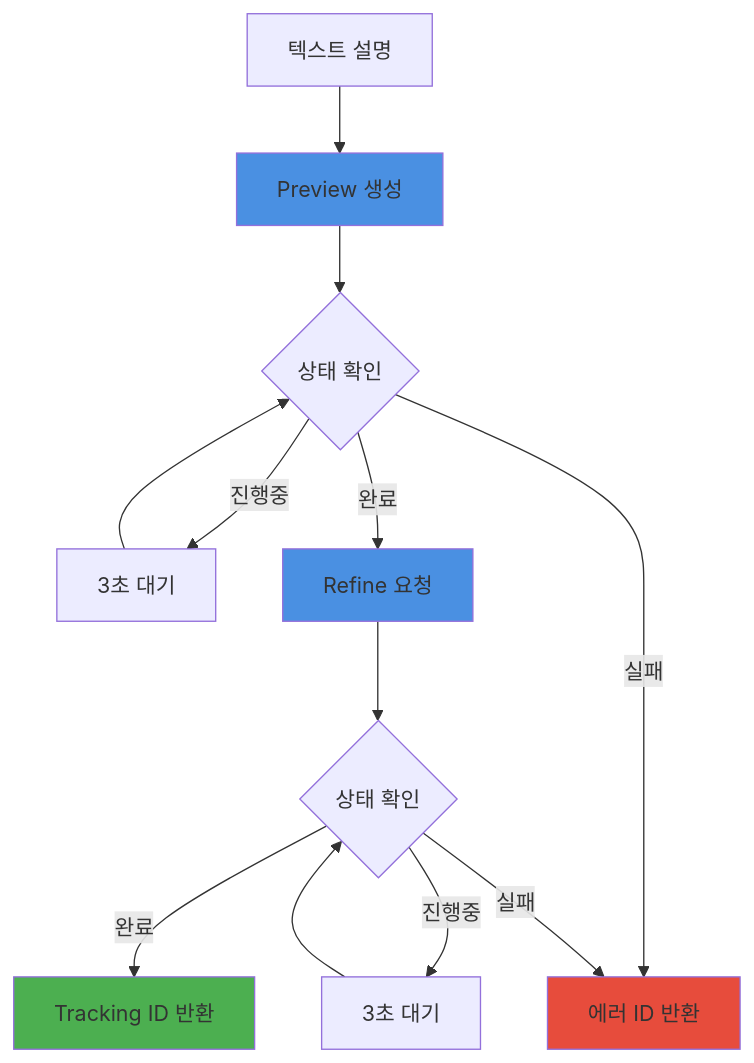
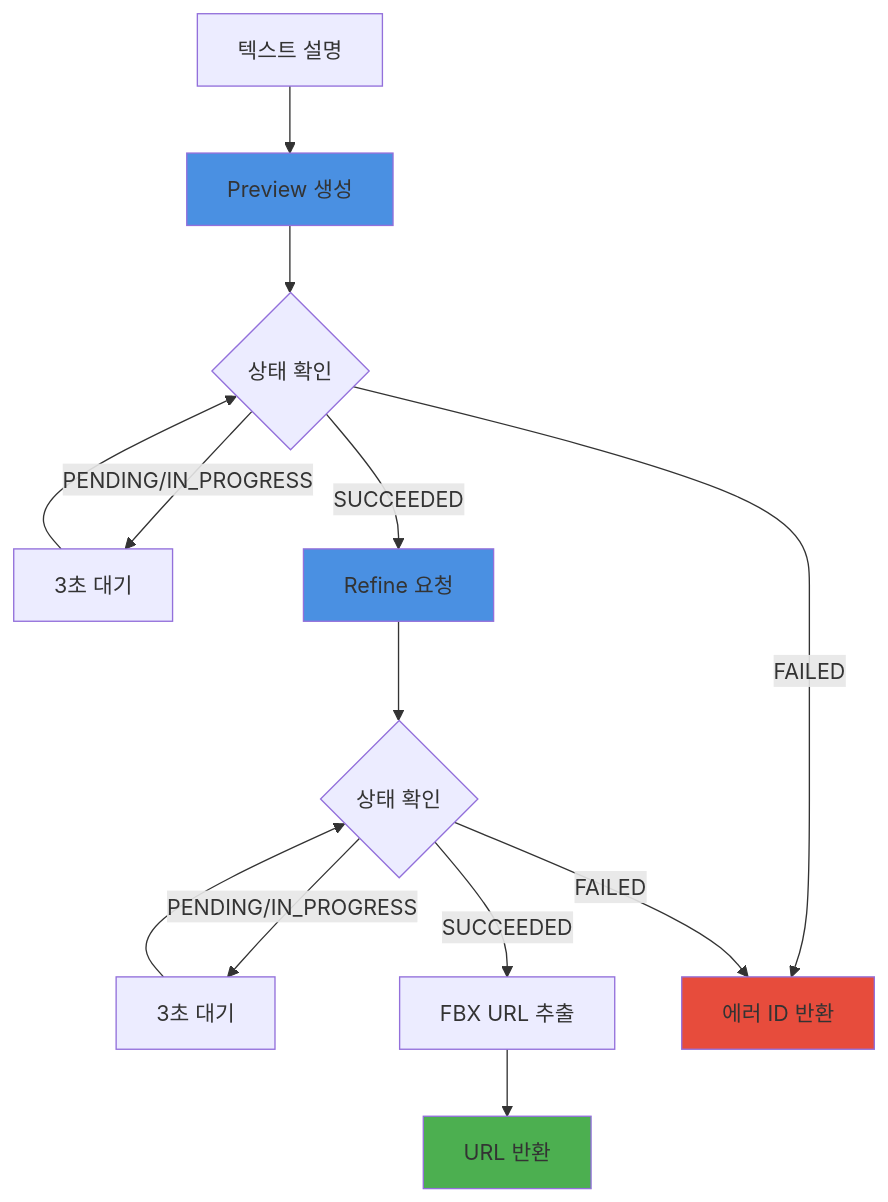
The diagram in backend/meshy-service.md (Febriez/eroom-docs), drawn with Mermaid before and after one commit. The commit also changed other lines of this file and 16 other files, not shown here.

```diff
--- a/backend/meshy-service.md
+++ b/backend/meshy-service.md
@@ -48,21 +54,22 @@
 {% mermaid %}
 flowchart TB
 A[텍스트 설명] --> B[Preview 생성]
 B --> C{상태 확인}
-C -->|진행중| D[3초 대기]
+C -->|PENDING/IN_PROGRESS| D[3초 대기]
 D --> C
-C -->|완료| E[Refine 요청]
+C -->|SUCCEEDED| E[Refine 요청]
 E --> F{상태 확인}
-F -->|진행중| G[3초 대기]
+F -->|PENDING/IN_PROGRESS| G[3초 대기]
 G --> F
-F -->|완료| H[Tracking ID 반환]
+F -->|SUCCEEDED| H[FBX URL 추출]
+H --> I[URL 반환]
 
-    C -->|실패| I[에러 ID 반환]
-    F -->|실패| I
+    C -->|FAILED| J[에러 ID 반환]
+    F -->|FAILED| J
     
     style B fill:#4a90e2
     style E fill:#4a90e2
-    style H fill:#4caf50
-    style I fill:#e74c3c
+    style I fill:#4caf50
+    style J fill:#e74c3c
 
 {% endmermaid %}
```
